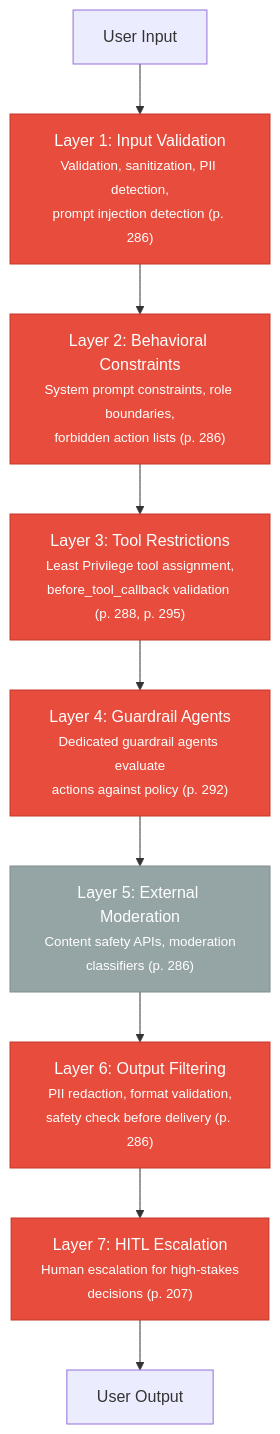
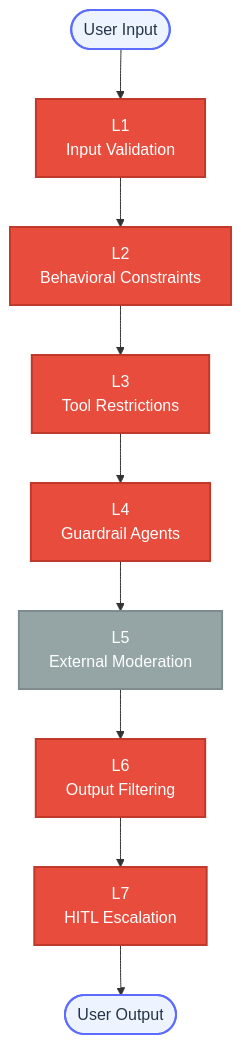
The third of 5 diagrams in docs/architecture/00-system-overview.md (francescofioredev/agentic-infra-platform), drawn with Mermaid before and after one commit. The commit also changed other lines of this file and 2 other files, not shown here.

Commit message:
Update .gitignore and Vercel configuration for improved deployment setup

````diff
--- a/docs/architecture/00-system-overview.md
+++ b/docs/architecture/00-system-overview.md
@@ -191,21 +195,15 @@
 ```mermaid
 graph TD
-    classDef security fill:#E74C3C,stroke:#C0392B,color:#fff
-    classDef external fill:#95A5A6,stroke:#7F8C8D,color:#fff
+    classDef security fill:#E74C3C,stroke:#C0392B,color:#fff,stroke-width:2px
+    classDef external fill:#95A5A6,stroke:#7F8C8D,color:#fff,stroke-width:2px
+    classDef io fill:#EEF4FF,stroke:#5B6CFF,color:#243447,stroke-width:2px
 
-    UI["User Input"]
-    L1["Layer 1: Input Validation<br/><small>Validation, sanitization, PII detection,<br/>prompt injection detection (p. 286)</small>"]
-    L2["Layer 2: Behavioral Constraints<br/><small>System prompt constraints, role boundaries,<br/>forbidden action lists (p. 286)</small>"]
-    L3["Layer 3: Tool Restrictions<br/><small>Least Privilege tool assignment,<br/>before_tool_callback validation (p. 288, p. 295)</small>"]
-    L4["Layer 4: Guardrail Agents<br/><small>Dedicated guardrail agents evaluate<br/>actions against policy (p. 292)</small>"]
-    L5["Layer 5: External Moderation<br/><small>Content safety APIs, moderation<br/>classifiers (p. 286)</small>"]
-    L6["Layer 6: Output Filtering<br/><small>PII redaction, format validation,<br/>safety check before delivery (p. 286)</small>"]
-    L7["Layer 7: HITL Escalation<br/><small>Human escalation for high-stakes<br/>decisions (p. 207)</small>"]
-    UO["User Output"]
-
-    UI --> L1 --> L2 --> L3 --> L4 --> L5 --> L6 --> L7 --> UO
-
-    class L1,L2,L3,L4,L6 security
-    class L5 external
-    class L7 security
+    UI([User Input]):::io --> L1["L1<br/>Input Validation"]:::security
+    L1 --> L2["L2<br/>Behavioral Constraints"]:::security
+    L2 --> L3["L3<br/>Tool Restrictions"]:::security
+    L3 --> L4["L4<br/>Guardrail Agents"]:::security
+    L4 --> L5["L5<br/>External Moderation"]:::external
+    L5 --> L6["L6<br/>Output Filtering"]:::security
+    L6 --> L7["L7<br/>HITL Escalation"]:::security
+    L7 --> UO([User Output]):::io
 ```
````
